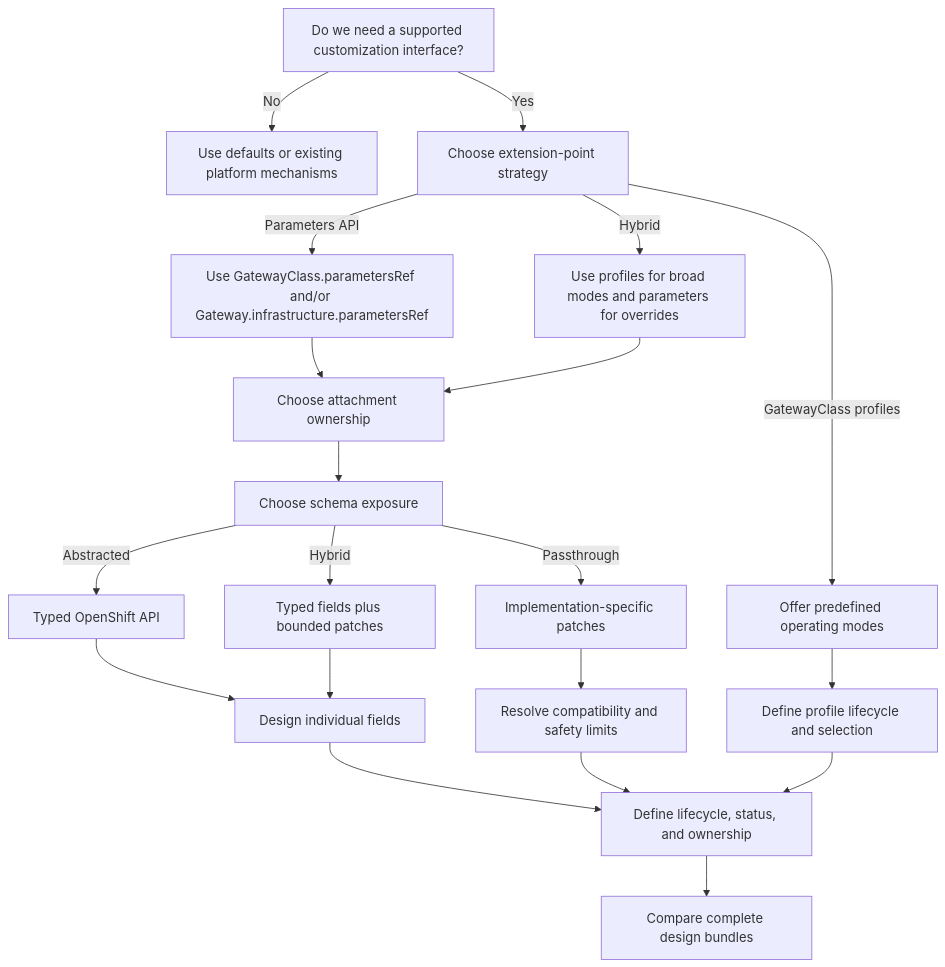
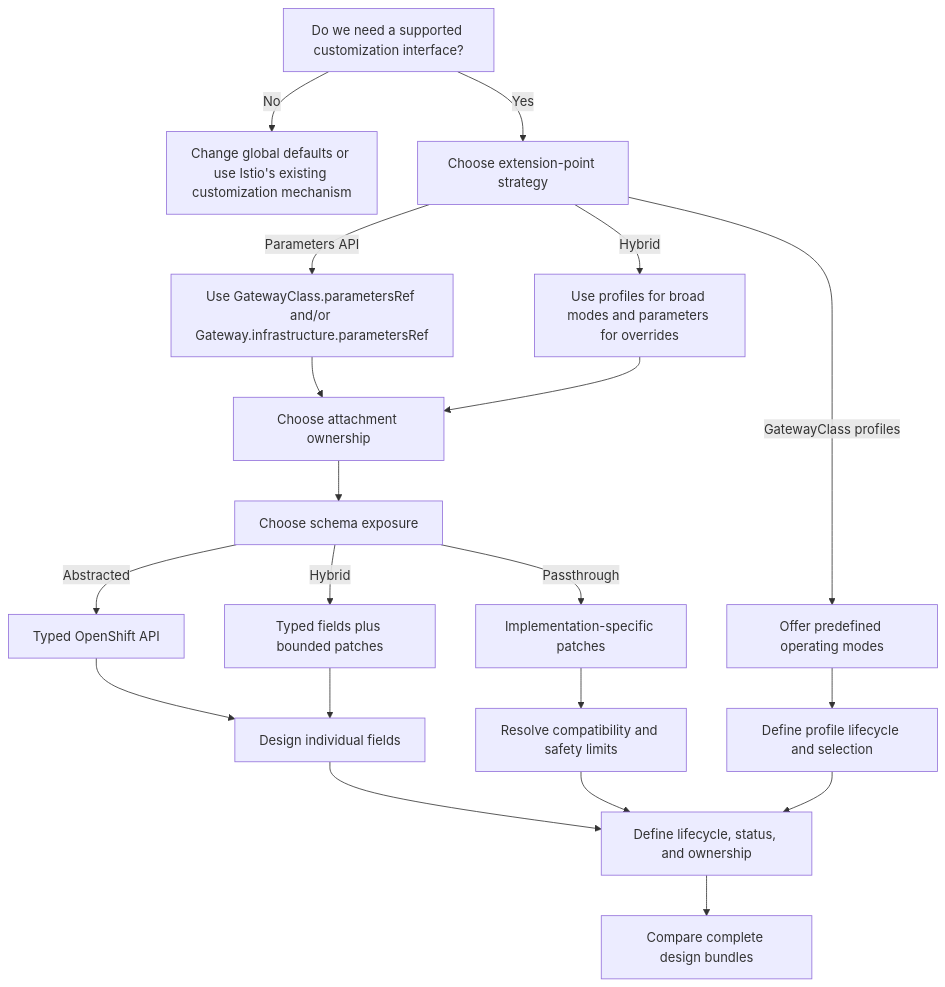
One commit to gcs278/cluster-ingress-operator changed the diagram in docs/gateway-customization/decision-framework.md. Above: the diagram before and after it, drawn with Mermaid.

Commit message:
Clarify existing customization alternative

````diff
--- a/docs/gateway-customization/decision-framework.md
+++ b/docs/gateway-customization/decision-framework.md
@@ -5,22 +5,22 @@
 ```mermaid
 flowchart TD
-    A[Do we need a supported customization interface?] -->|No| B[Use defaults or existing platform mechanisms]
+    A[Do we need a supported customization interface?] -->|No| B[Change global defaults or use Istio's existing customization mechanism]
     A -->|Yes| C[Choose extension-point strategy]
     C -->|Parameters API| D[Use GatewayClass.parametersRef and/or Gateway.infrastructure.parametersRef]
     C -->|GatewayClass profiles| E[Offer predefined operating modes]
     C -->|Hybrid| F[Use profiles for broad modes and parameters for overrides]
     D --> G[Choose attachment ownership]
     F --> G
     E --> H[Define profile lifecycle and selection]
     G --> I[Choose schema exposure]
     I -->|Abstracted| J[Typed OpenShift API]
     I -->|Passthrough| K[Implementation-specific patches]
     I -->|Hybrid| L[Typed fields plus bounded patches]
     J --> M[Design individual fields]
     L --> M
     K --> N[Resolve compatibility and safety limits]
     M --> O[Define lifecycle, status, and ownership]
     N --> O
     H --> O
     O --> P[Compare complete design bundles]
 ```
````
